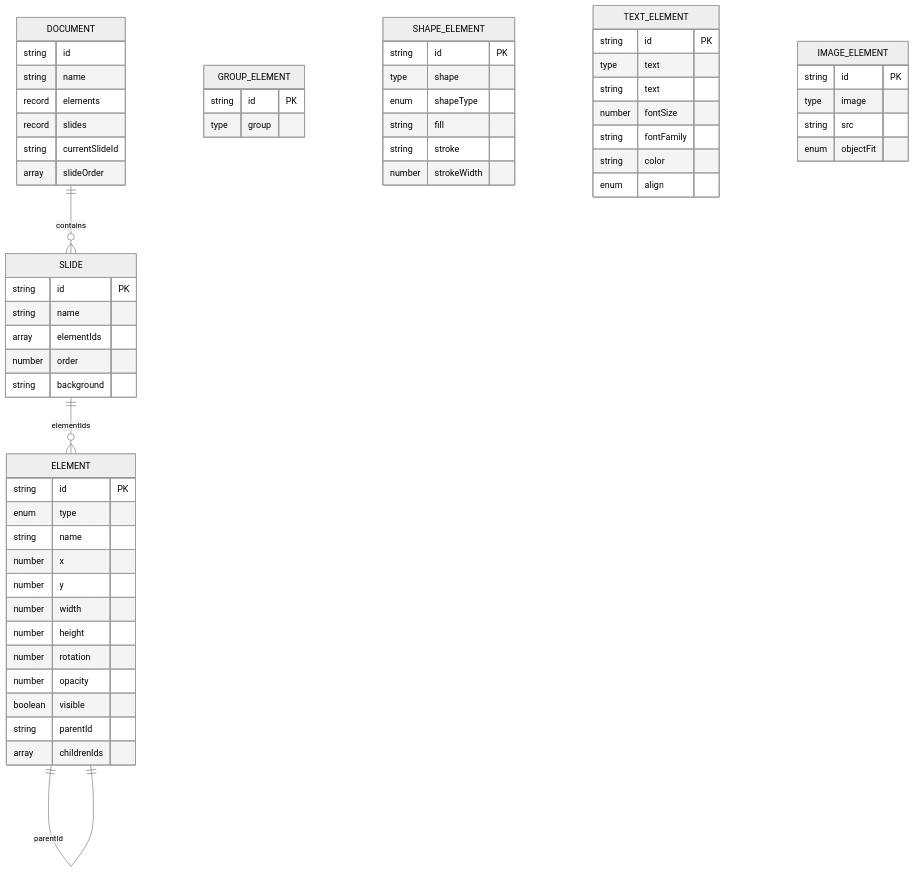
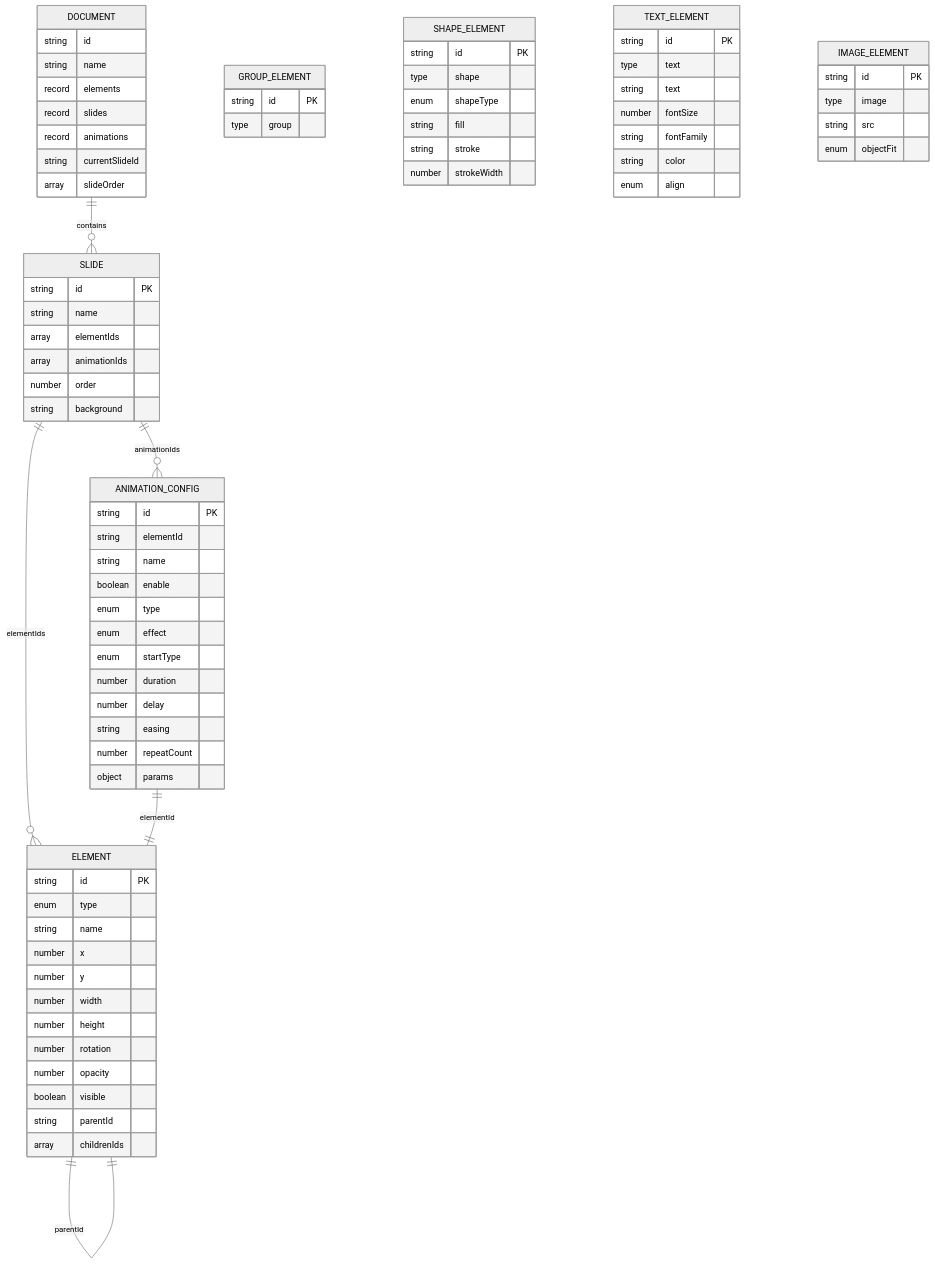
The fourth of 15 diagrams in .qoder/repowiki/en/content/Core Engine System/Core Engine System.md (Anna0314zy/ai_editor_enginer), drawn with Mermaid (neutral theme) before and after one commit. The commit also changed other lines of this file and 10 other files, not shown here.

````diff
--- a/.qoder/repowiki/en/content/Core Engine System/Core Engine System.md
+++ b/.qoder/repowiki/en/content/Core Engine System/Core Engine System.md
@@ -218,63 +276,81 @@
 ```mermaid
 erDiagram
 DOCUMENT {
 string id
 string name
 record elements
 record slides
+record animations
 string currentSlideId
 array slideOrder
 }
 SLIDE {
 string id PK
 string name
 array elementIds
+array animationIds
 number order
 string background
 }
 ELEMENT {
 string id PK
 enum type
 string name
 number x
 number y
 number width
 number height
 number rotation
 number opacity
 boolean visible
 string parentId
 array childrenIds
+}
+ANIMATION_CONFIG {
+string id PK
+string elementId
+string name
+boolean enable
+enum type
+enum effect
+enum startType
+number duration
+number delay
+string easing
+number repeatCount
+object params
 }
 GROUP_ELEMENT {
 string id PK
 type group
 }
 SHAPE_ELEMENT {
 string id PK
 type shape
 enum shapeType
 string fill
 string stroke
 number strokeWidth
 }
 TEXT_ELEMENT {
 string id PK
 type text
 string text
 number fontSize
 string fontFamily
 string color
 enum align
 }
 IMAGE_ELEMENT {
 string id PK
 type image
 string src
 enum objectFit
 }
 DOCUMENT ||--o{ SLIDE : "contains"
 SLIDE ||--o{ ELEMENT : "elementIds"
+SLIDE ||--o{ ANIMATION_CONFIG : "animationIds"
 ELEMENT ||--o{ ELEMENT : "childrenIds"
 ELEMENT ||--|| ELEMENT : "parentId"
+ANIMATION_CONFIG ||--|| ELEMENT : "elementId"
 ```
````
